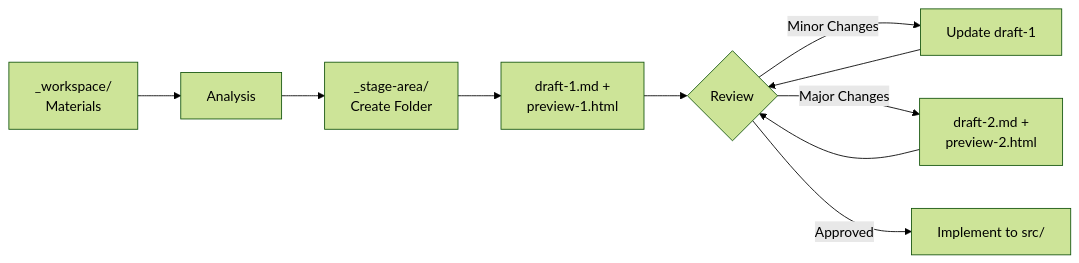
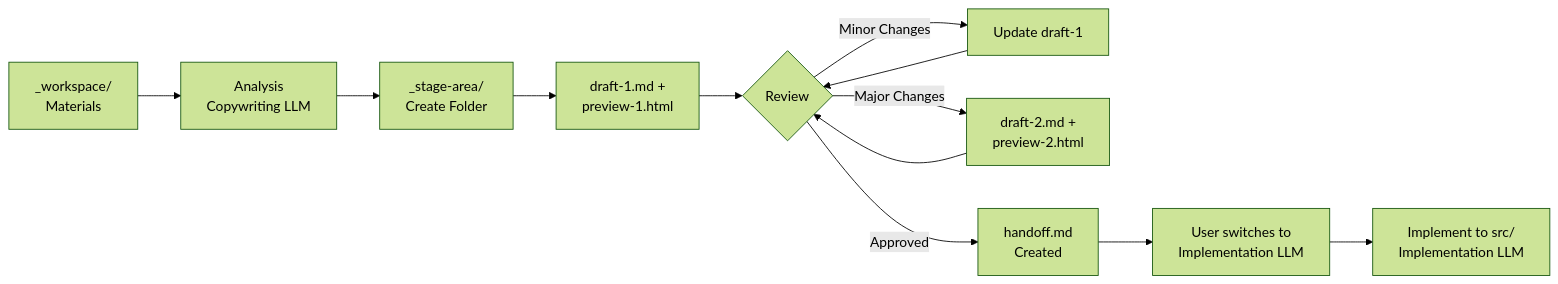
Before and after one commit to plantonhq/planton.ai: the diagram in content/copywriting/_stage-area/README.md, drawn with Mermaid (forest theme). The commit also changed other lines of this file and 6 other files, not shown here.

First line of the commit message:
feat(copywriting): add PDF conversion and two-LLM handoff workflow

````diff
--- a/content/copywriting/_stage-area/README.md
+++ b/content/copywriting/_stage-area/README.md
@@ -65,12 +101,14 @@
 ```mermaid
 flowchart LR
-    Workspace[_workspace/<br/>Materials] --> Analysis[Analysis]
+    Workspace[_workspace/<br/>Materials] --> Analysis[Analysis<br/>Copywriting LLM]
     Analysis --> Stage[_stage-area/<br/>Create Folder]
     Stage --> Draft1[draft-1.md +<br/>preview-1.html]
     Draft1 --> Review{Review}
     Review -->|Minor Changes| Update[Update draft-1]
     Review -->|Major Changes| Draft2[draft-2.md +<br/>preview-2.html]
     Update --> Review
     Draft2 --> Review
-    Review -->|Approved| Implement[Implement to src/]
+    Review -->|Approved| Handoff[handoff.md<br/>Created]
+    Handoff --> Switch[User switches to<br/>Implementation LLM]
+    Switch --> Implement[Implement to src/<br/>Implementation LLM]
 ```
````
